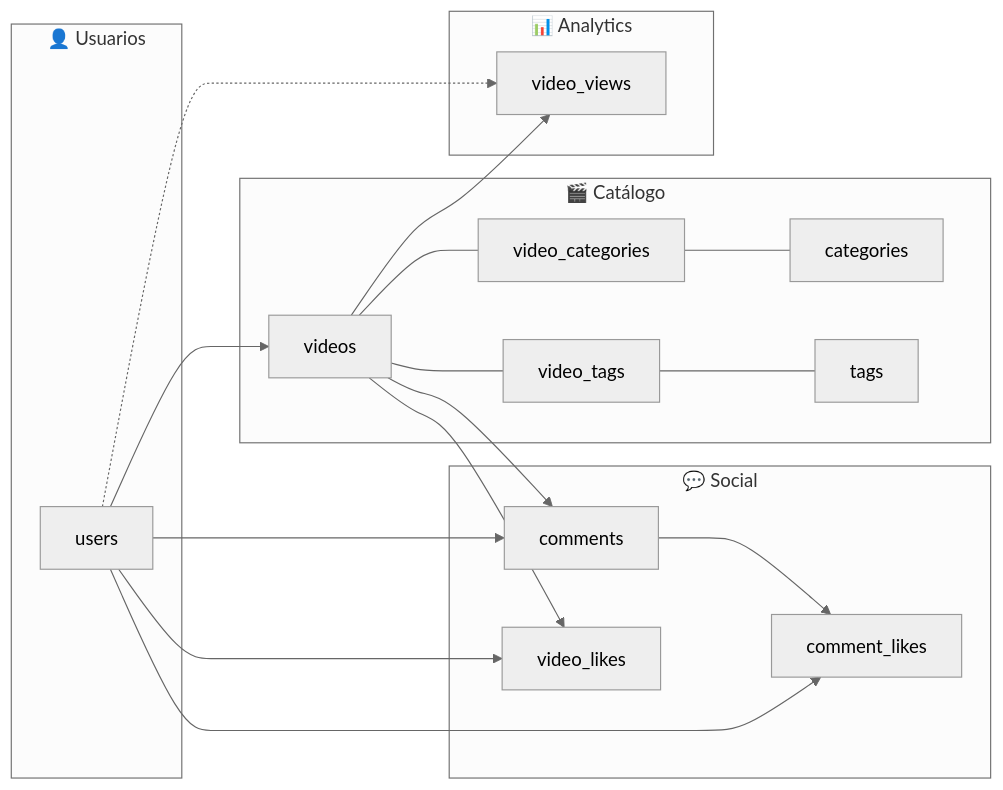
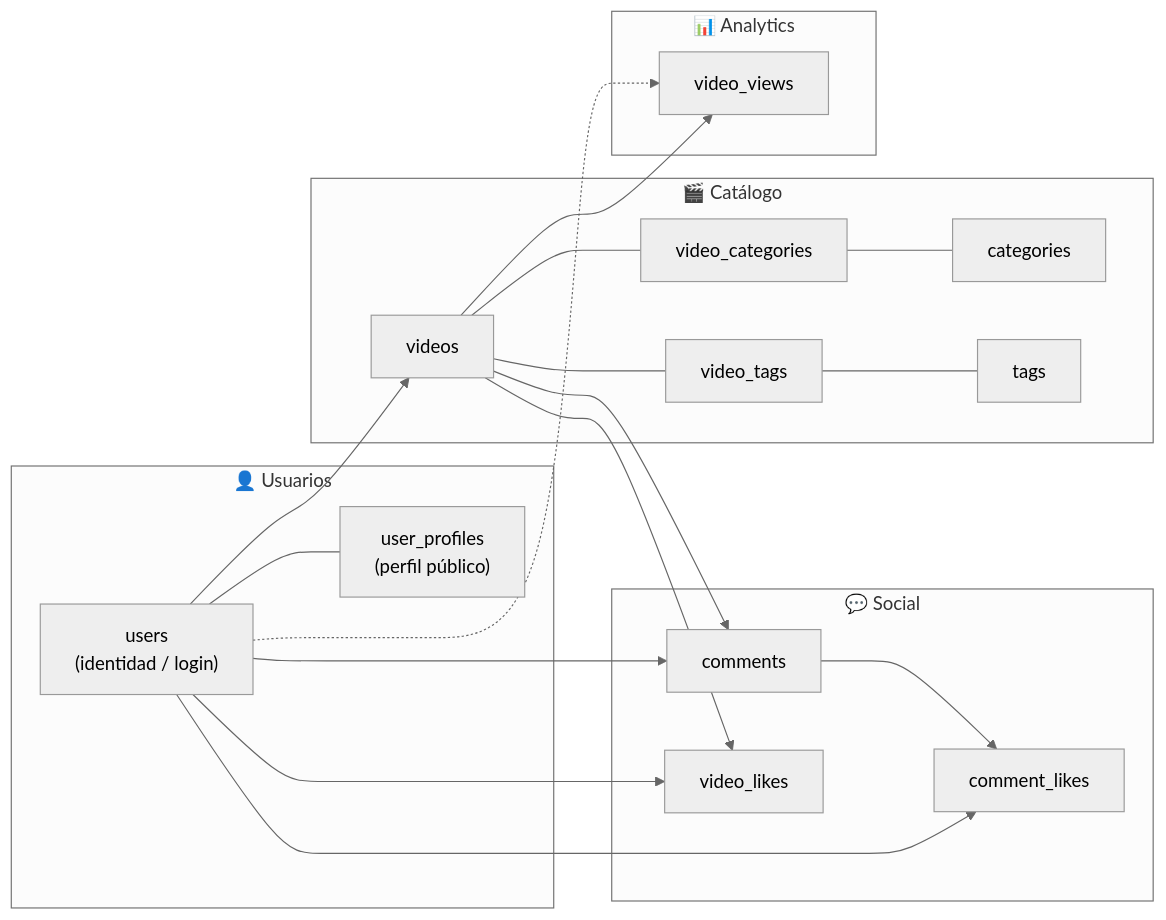
One commit to Criiiss/protube_labG2 changed the third of 11 diagrams in docs/DATABASE.md. Above: the diagram before and after it, drawn with Mermaid (neutral theme). The commit also changed other lines of this file and 1 other file, not shown here.

````diff
--- a/docs/DATABASE.md
+++ b/docs/DATABASE.md
@@ -120,32 +120,34 @@
 ```mermaid
 flowchart LR
     subgraph AUTH["👤 Usuarios"]
-        users
+        users["users<br/>(identidad / login)"]
+        user_profiles["user_profiles<br/>(perfil público)"]
     end
     subgraph CAT["🎬 Catálogo"]
         videos
         categories
         tags
         video_categories
         video_tags
     end
     subgraph SOC["💬 Social"]
         comments
         comment_likes
         video_likes
     end
     subgraph ANA["📊 Analytics"]
         video_views
     end
+    users --- user_profiles
     users --> videos
     videos --- video_categories --- categories
     videos --- video_tags --- tags
     users --> comments
     videos --> comments
     comments --> comment_likes
     users --> comment_likes
     users --> video_likes
     videos --> video_likes
     videos --> video_views
     users -.-> video_views
 ```
````
